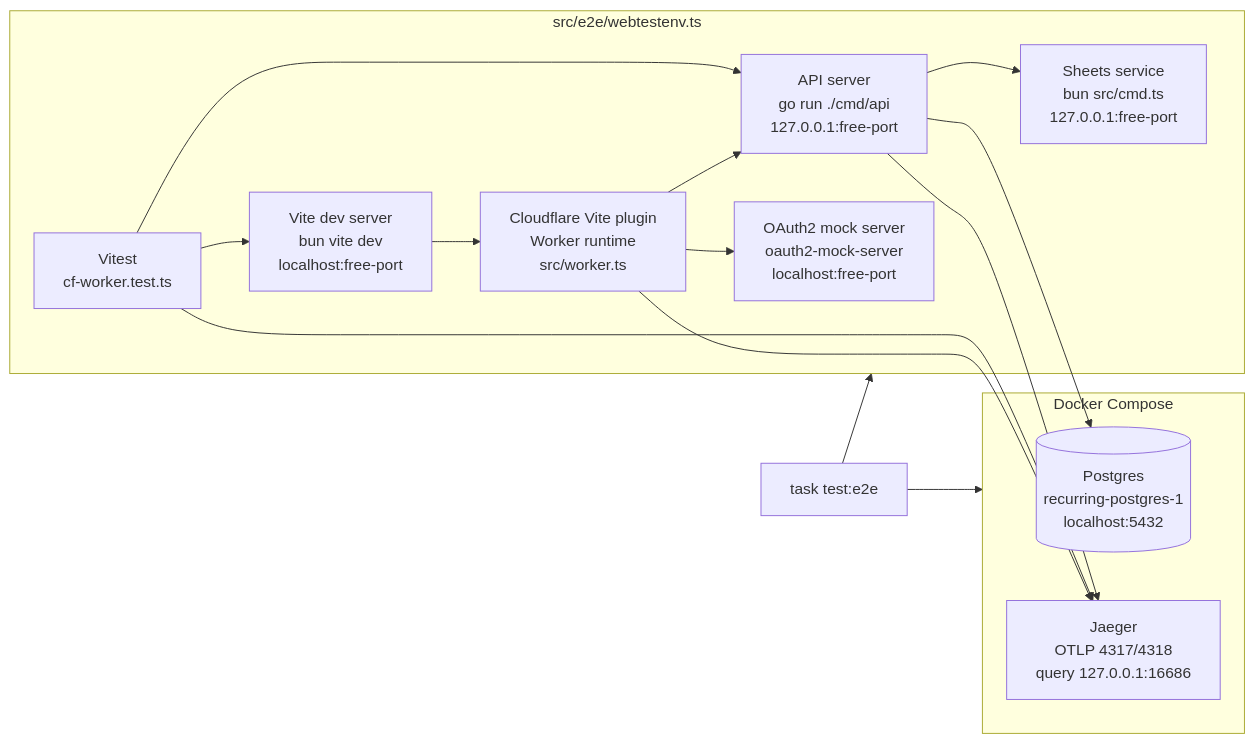
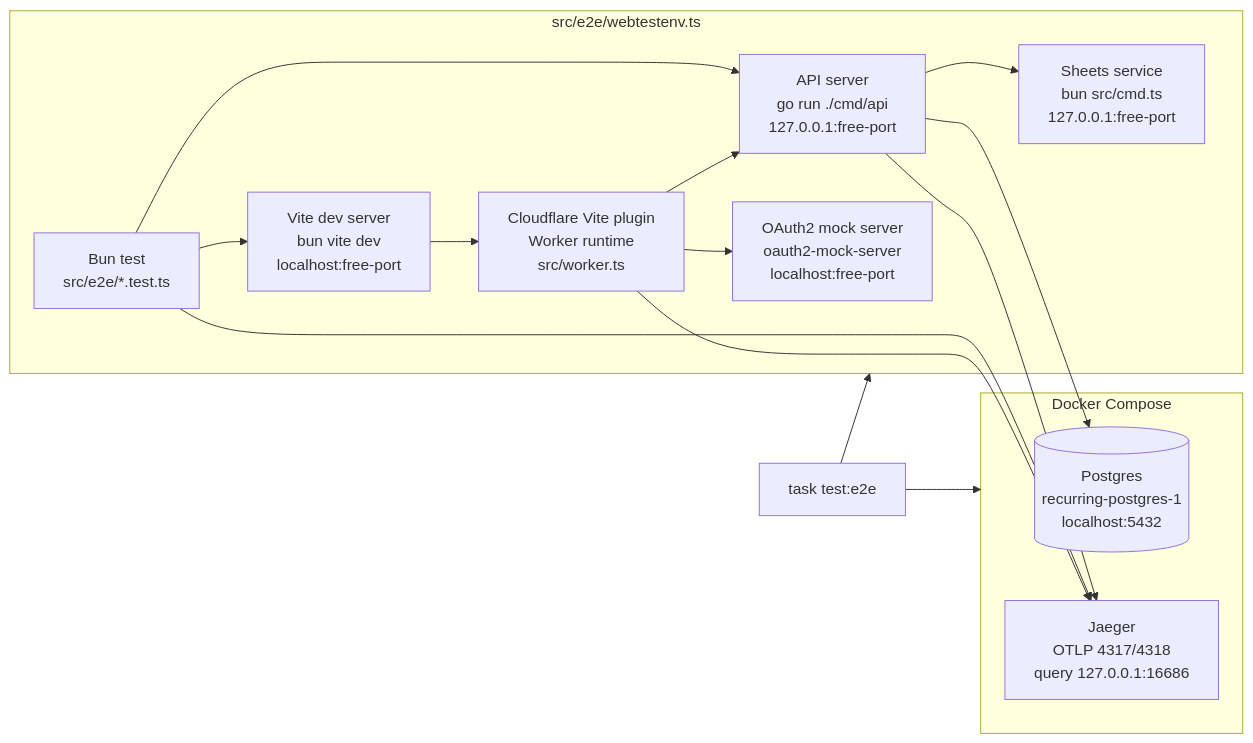
One commit to meoyawn/recurring changed the diagram in apps/inertia/src/e2e/infra.md. Above: the diagram before and after it, drawn with Mermaid. The commit also changed other lines of this file and 5 other files, not shown here.

````diff
--- a/apps/inertia/src/e2e/infra.md
+++ b/apps/inertia/src/e2e/infra.md
@@ -8,33 +8,33 @@
 ```mermaid
 flowchart LR
   task["task test:e2e"]
 
   subgraph compose["Docker Compose"]
     postgres[("Postgres<br/>recurring-postgres-1<br/>localhost:5432")]
     jaeger["Jaeger<br/>OTLP 4317/4318<br/>query 127.0.0.1:16686"]
   end
 
   subgraph webtestenv["src/e2e/webtestenv.ts"]
     sheets["Sheets service<br/>bun src/cmd.ts<br/>127.0.0.1:free-port"]
     api["API server<br/>go run ./cmd/api<br/>127.0.0.1:free-port"]
     oauth["OAuth2 mock server<br/>oauth2-mock-server<br/>localhost:free-port"]
     vite["Vite dev server<br/>bun vite dev<br/>localhost:free-port"]
     worker["Cloudflare Vite plugin<br/>Worker runtime<br/>src/worker.ts"]
-    vitest["Vitest<br/>cf-worker.test.ts"]
+    bunTest["Bun test<br/>src/e2e/*.test.ts"]
   end
 
   task --> compose
   task --> webtestenv
 
   api --> postgres
   api --> sheets
   api --> jaeger
 
   vite --> worker
-  vitest --> vite
-  vitest --> api
-  vitest --> jaeger
+  bunTest --> vite
+  bunTest --> api
+  bunTest --> jaeger
   worker --> api
   worker --> oauth
   worker --> jaeger
 ```
````
